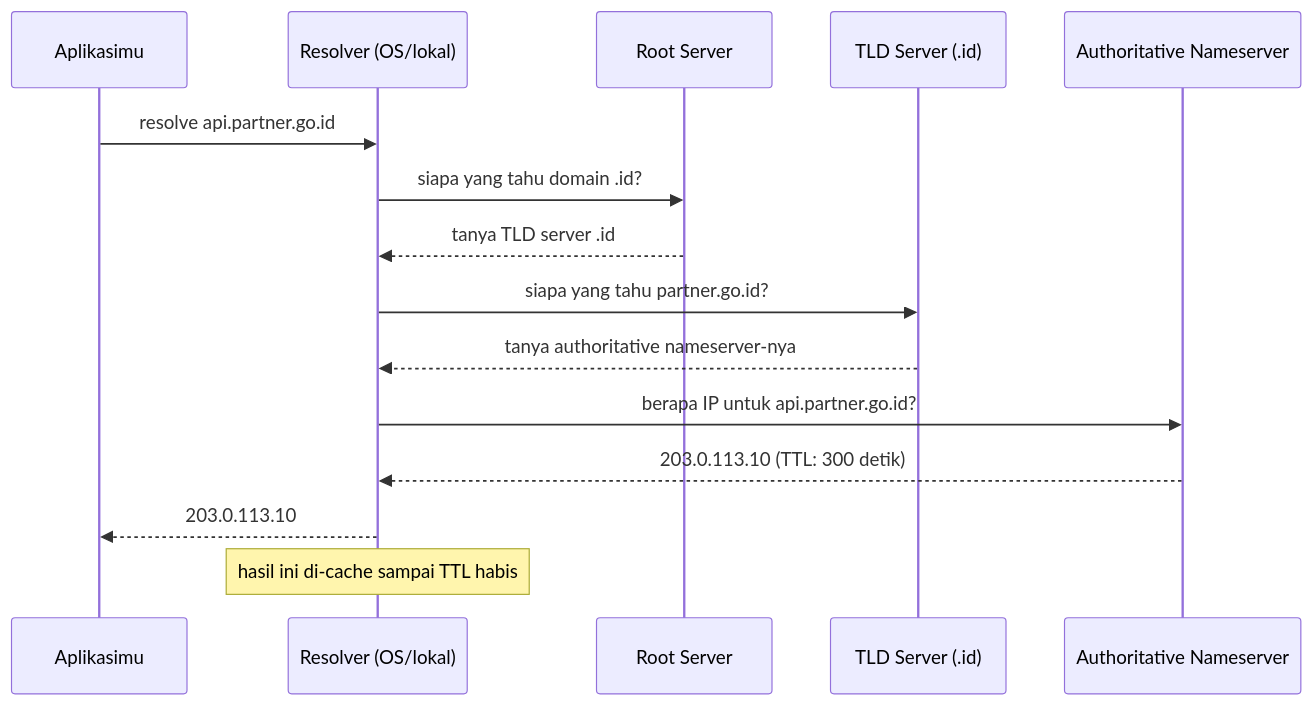
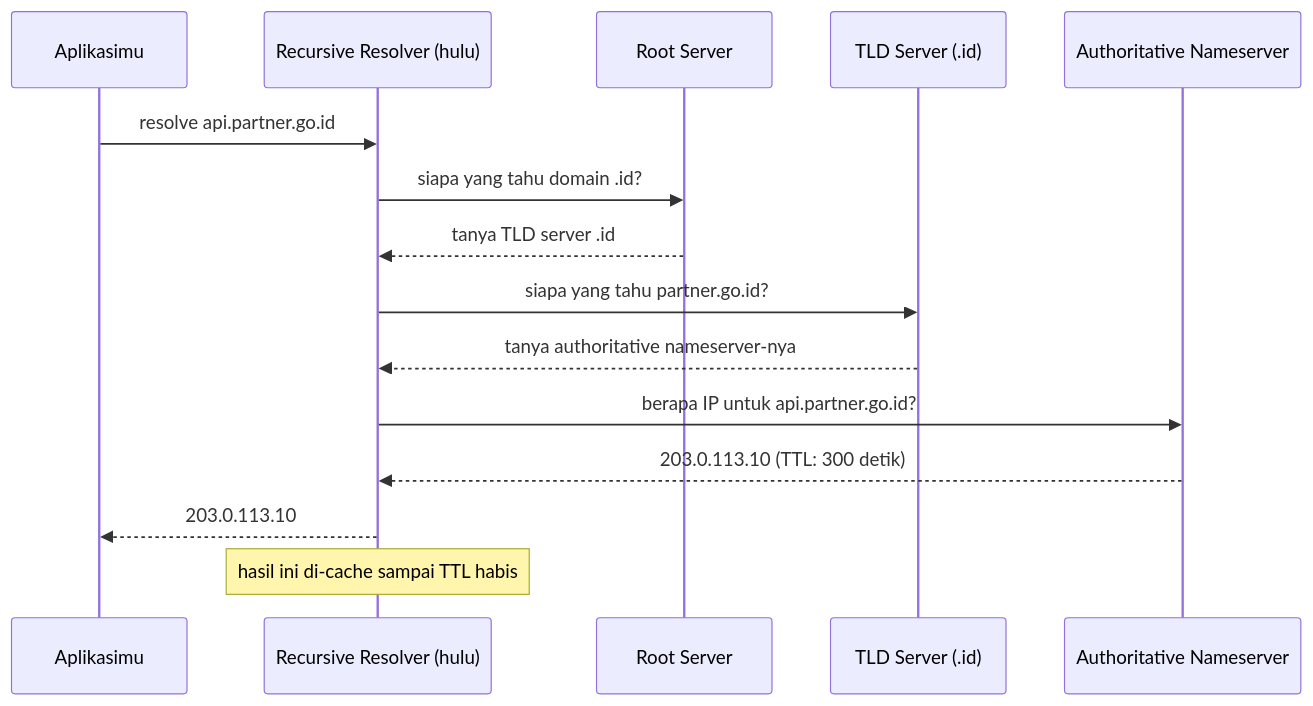
The diagram in 10 Foundations/DNS Resolution.md (firmanains/backend-engineering-vault), drawn with Mermaid before and after one commit. The commit also changed other lines of this file and 172 other files, not shown here.

````diff
--- a/10 Foundations/DNS Resolution.md
+++ b/10 Foundations/DNS Resolution.md
@@ -35,18 +35,18 @@
 ```mermaid
 sequenceDiagram
     participant App as Aplikasimu
-    participant R as Resolver (OS/lokal)
+    participant R as Recursive Resolver (hulu)
     participant Root as Root Server
     participant TLD as TLD Server (.id)
     participant Auth as Authoritative Nameserver
 
     App->>R: resolve api.partner.go.id
     R->>Root: siapa yang tahu domain .id?
     Root-->>R: tanya TLD server .id
     R->>TLD: siapa yang tahu partner.go.id?
     TLD-->>R: tanya authoritative nameserver-nya
     R->>Auth: berapa IP untuk api.partner.go.id?
     Auth-->>R: 203.0.113.10 (TTL: 300 detik)
     R-->>App: 203.0.113.10
     Note over R: hasil ini di-cache sampai TTL habis
 ```
````
